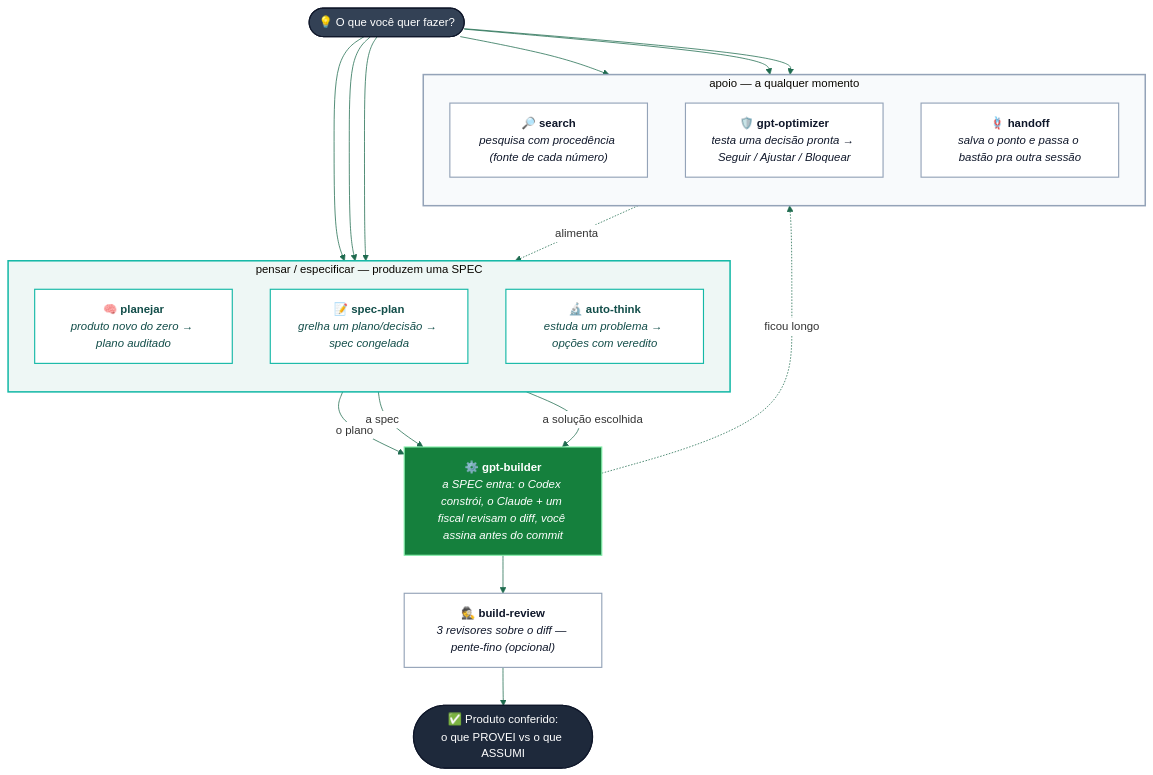
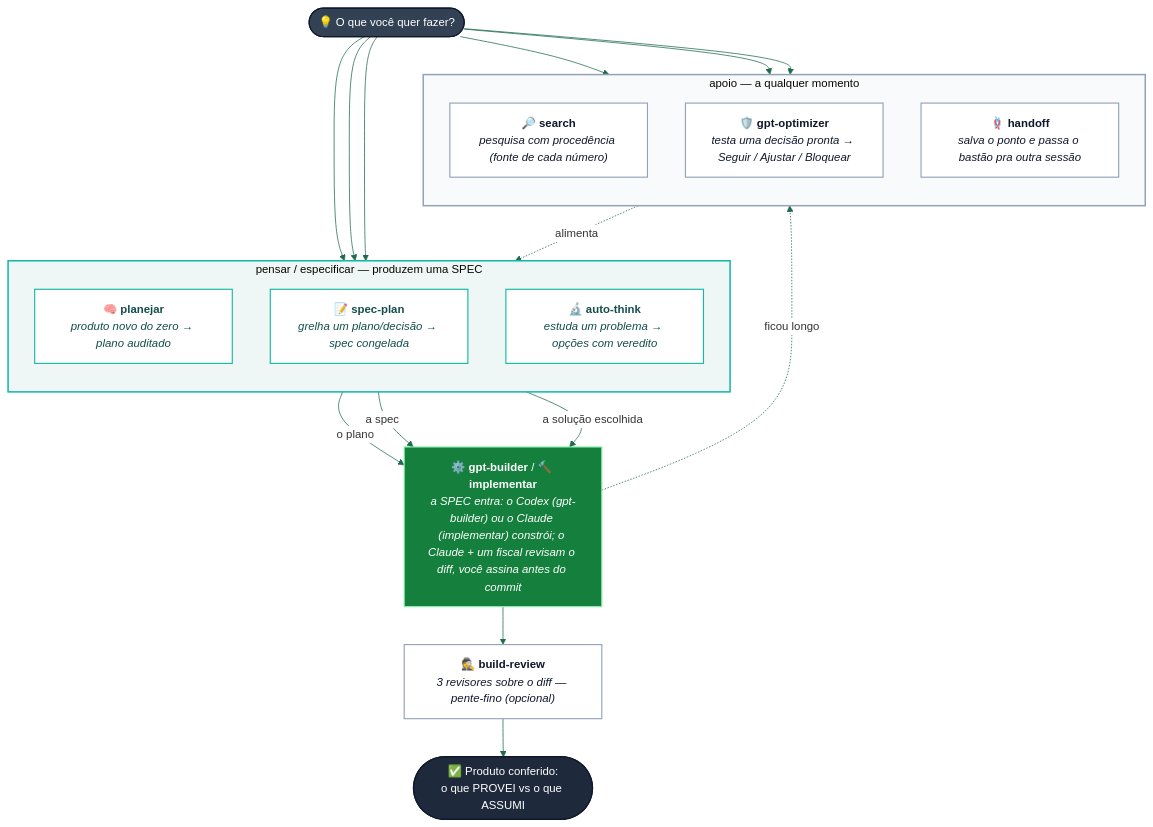
The diagram in README.md (cassianodiniz/Titan), drawn with Mermaid before and after one commit. The commit also changed other lines of this file and 11 other files, not shown here.

First line of the commit message:
feat(titan): v2.2.0 — adiciona implementar (executor Claude) ao fluxo

````diff
--- a/README.md
+++ b/README.md
@@ -90,49 +91,49 @@
 ```mermaid
 %%{init: {'theme':'base', 'themeVariables': {
   'fontSize':'15px',
   'fontFamily':'Helvetica, Arial, sans-serif',
   'lineColor':'#1f6b4f',
   'edgeLabelBackground':'#ffffff'
 }}}%%
 flowchart TD
     START(["💡 O que você quer fazer?"])
 
     subgraph PENSAR["pensar / especificar — produzem uma SPEC"]
         direction TB
         P["<b>🧠 planejar</b><br/><i>produto novo do zero → plano auditado</i>"]
         SP["<b>📝 spec-plan</b><br/><i>grelha um plano/decisão → spec congelada</i>"]
         AT["<b>🔬 auto-think</b><br/><i>estuda um problema → opções com veredito</i>"]
     end
 
-    GB["<b>⚙️ gpt-builder</b><br/><i>a SPEC entra: o Codex constrói, o Claude + um fiscal revisam o diff, você assina antes do commit</i>"]
+    GB["<b>⚙️ gpt-builder</b> / <b>🔨 implementar</b><br/><i>a SPEC entra: o Codex (gpt-builder) ou o Claude (implementar) constrói; o Claude + um fiscal revisam o diff, você assina antes do commit</i>"]
 
     subgraph APOIO["apoio — a qualquer momento"]
         direction TB
         SE["<b>🔎 search</b><br/><i>pesquisa com procedência (fonte de cada número)</i>"]
         GO["<b>🛡️ gpt-optimizer</b><br/><i>testa uma decisão pronta → Seguir / Ajustar / Bloquear</i>"]
         HO["<b>🪢 handoff</b><br/><i>salva o ponto e passa o bastão pra outra sessão</i>"]
     end
 
     START --> P & SP & AT
     START --> SE & GO & HO
     P -->|"o plano"| GB
     SP -->|"a spec"| GB
     AT -->|"a solução escolhida"| GB
     GB --> BR["<b>🕵️ build-review</b><br/><i>3 revisores sobre o diff — pente-fino (opcional)</i>"]
     BR --> DONE(["✅ Produto conferido:<br/>o que PROVEI vs o que ASSUMI"])
     GB -. "ficou longo" .-> HO
     SE -. "alimenta" .-> PENSAR
 
     classDef think fill:#ffffff,color:#134e4a,stroke:#14b8a6,stroke-width:1.5px;
     classDef build fill:#15803d,color:#ffffff,stroke:#86efac,stroke-width:1.5px;
     classDef help fill:#ffffff,color:#0f172a,stroke:#94a3b8,stroke-width:1.5px;
     classDef start fill:#334155,color:#ffffff,stroke:#0f172a,stroke-width:1.5px;
     classDef fim fill:#1e293b,color:#ffffff,stroke:#0f172a,stroke-width:1.5px;
     class P,SP,AT think;
     class GB build;
     class SE,GO,HO,BR help;
     class START start;
     class DONE fim;
     style PENSAR fill:#eef7f5,stroke:#14b8a6,stroke-width:2px;
     style APOIO fill:#f8fafc,stroke:#94a3b8,stroke-width:2px;
 ```
````
